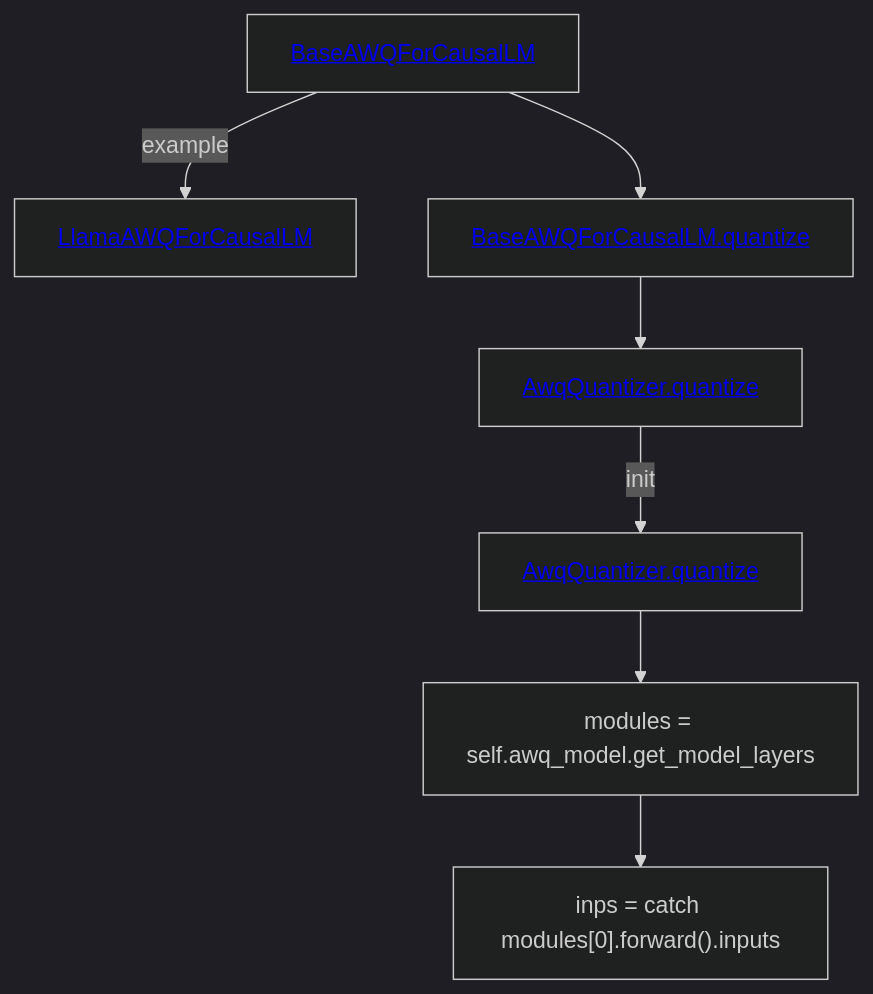
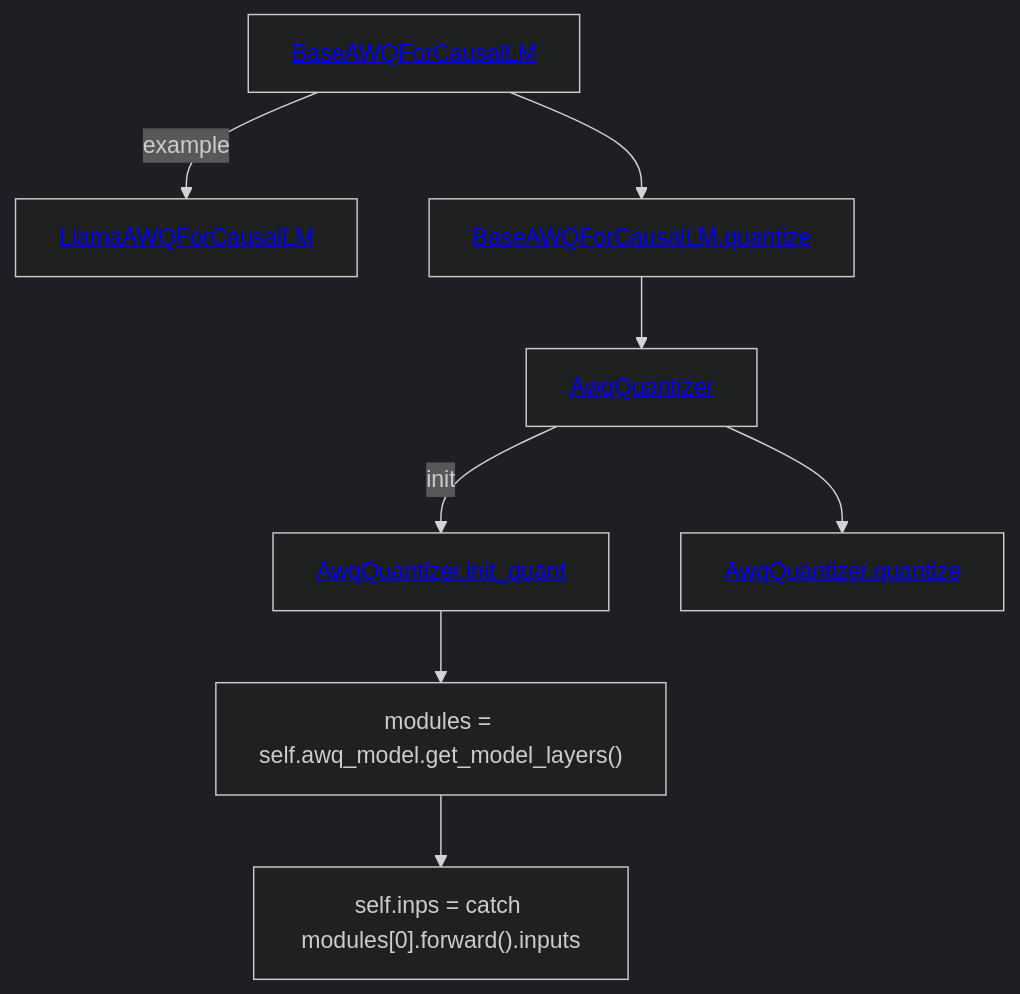
The diagram in README.md (w32zhong/AutoAWQ), drawn with Mermaid (dark theme) before and after one commit.

````diff
--- a/README.md
+++ b/README.md
@@ -2,14 +2,17 @@
 ```mermaid
 graph TD;
     BaseAWQForCausalLM[<a href="https://github.com/w32zhong/AutoAWQ/blob/1c5787f5c44acc2753c0e30e4b59412343cb4a71/awq/models/base.py#L89">BaseAWQForCausalLM</a>]
     LlamaAWQForCausalLM[<a href="https://github.com/w32zhong/AutoAWQ/blob/1c5787f5c44acc2753c0e30e4b59412343cb4a71/awq/models/llama.py#L14">LlamaAWQForCausalLM</a>]
     BaseAWQForCausalLM -->|example| LlamaAWQForCausalLM
     BaseAWQForCausalLM_quantize[<a href="https://github.com/w32zhong/AutoAWQ/blob/1c5787f5c44acc2753c0e30e4b59412343cb4a71/awq/models/base.py#L129">BaseAWQForCausalLM.quantize</a>]
-    BaseAWQForCausalLM --> BaseAWQForCausalLM_quantize --> AwqQuantizer_quantize
-    AwqQuantizer_quantize[<a href="https://github.com/w32zhong/AutoAWQ/blob/1c5787f5c44acc2753c0e30e4b59412343cb4a71/awq/quantize/quantizer.py#L27">AwqQuantizer.quantize</a>]
-    AwqQuantizer_quantize -->|init| AwqQuantizer.init_quant
-    AwqQuantizer.init_quant[<a href="https://github.com/w32zhong/AutoAWQ/blob/1c5787f5c44acc2753c0e30e4b59412343cb4a71/awq/quantize/quantizer.py#L544">AwqQuantizer.quantize</a>]
+    BaseAWQForCausalLM --> BaseAWQForCausalLM_quantize --> AwqQuantizer
+    AwqQuantizer[<a href="https://github.com/w32zhong/AutoAWQ/blob/1c5787f5c44acc2753c0e30e4b59412343cb4a71/awq/quantize/quantizer.py#L27">AwqQuantizer</a>]
+    AwqQuantizer -->|init| AwqQuantizer.init_quant
+    AwqQuantizer.init_quant[<a href="https://github.com/w32zhong/AutoAWQ/blob/1c5787f5c44acc2753c0e30e4b59412343cb4a71/awq/quantize/quantizer.py#L544">AwqQuantizer.init_quant</a>]
     AwqQuantizer.init_quant --> get_model_layers__call --> first_inp
-    get_model_layers__call[modules = self.awq_model.get_model_layers]
-    first_inp["inps = catch modules[0].forward().inputs"]
+    get_model_layers__call["modules = self.awq_model.get_model_layers()"]
+    first_inp["self.inps = catch modules[0].forward().inputs"]
+
+    AwqQuantizer --> AwqQuantizer.quantize
+    AwqQuantizer.quantize[<a href="https://github.com/w32zhong/AutoAWQ/blob/1c5787f5c44acc2753c0e30e4b59412343cb4a71/awq/quantize/quantizer.py#L126">AwqQuantizer.quantize</a>]
 ```
````
